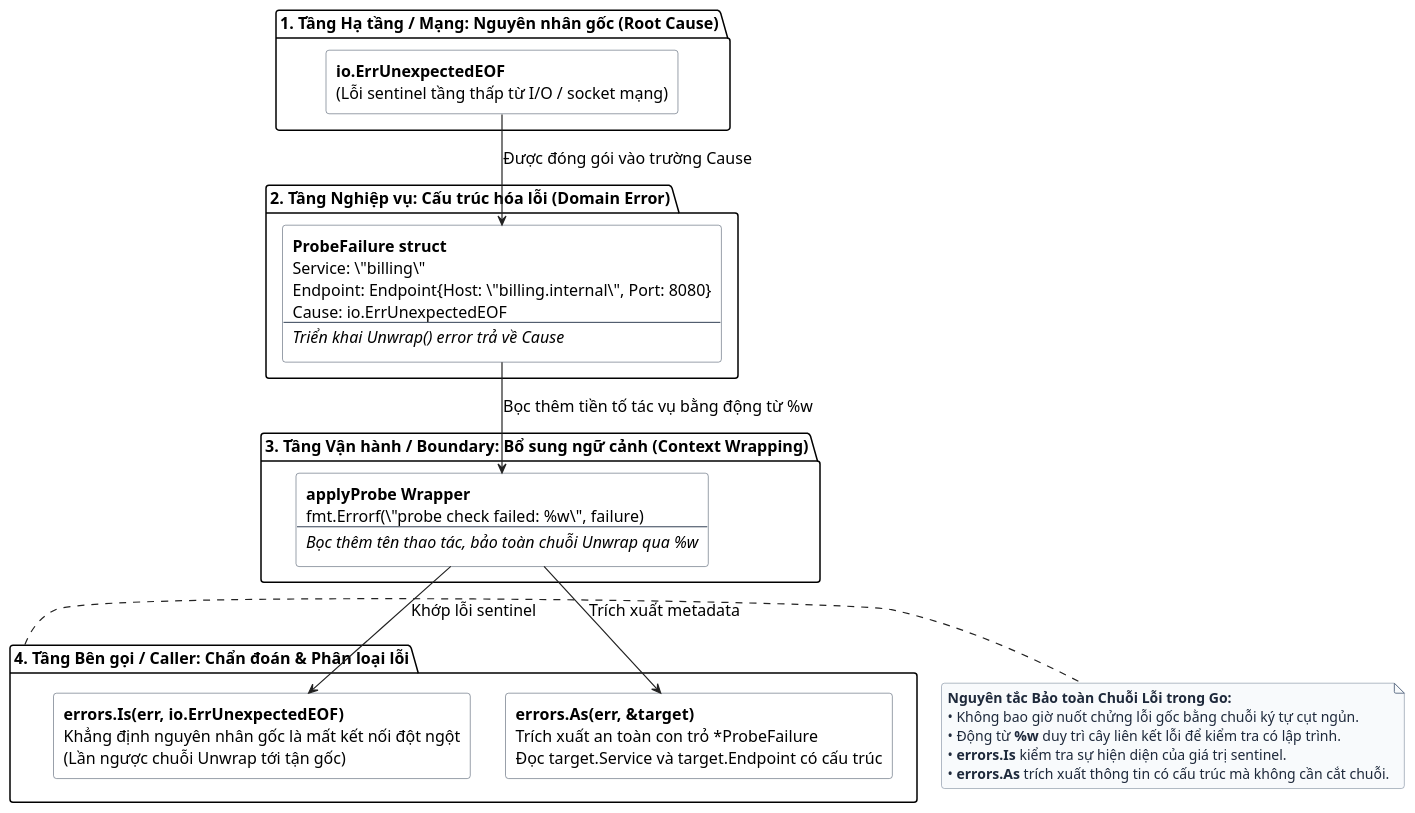
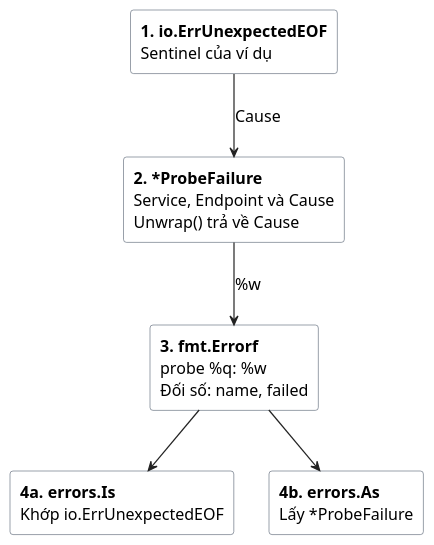
One commit to Minhlike/Golang changed the diagram in assets/diagrams/error-boundary-trace.puml. Above: the diagram before and after it, drawn with PlantUML. The commit also changed 31 other files, not shown here.

Commit message:
fix(book): verify data error package testing and IO boundaries

```diff
--- a/assets/diagrams/error-boundary-trace.puml
+++ b/assets/diagrams/error-boundary-trace.puml
@@ -1,54 +1,35 @@
 @startuml
 skinparam backgroundColor #FFFFFF
 skinparam defaultFontName "Source Sans 3"
 skinparam defaultFontSize 16
 skinparam shadowing false
 skinparam roundCorner 6
 skinparam arrowColor #222222
 skinparam arrowThickness 1.2
 
 skinparam rectangle {
   BackgroundColor #FFFFFF
   BorderColor #334155
   FontColor #000000
 }
 
 skinparam note {
   BackgroundColor #F8FAFC
   BorderColor #64748B
   FontColor #1E293B
   FontSize 14
 }
 
 top to bottom direction
 
-package "1. Tầng Hạ tầng / Mạng: Nguyên nhân gốc (Root Cause)" as l1 {
-  rectangle "<b>io.ErrUnexpectedEOF</b>\n(Lỗi sentinel tầng thấp từ I/O / socket mạng)" as root_err
-}
+rectangle "<b>1. io.ErrUnexpectedEOF</b>\nSentinel của ví dụ" as root_err
+rectangle "<b>2. *ProbeFailure</b>\nService, Endpoint và Cause\nUnwrap() trả về Cause" as domain_err
+rectangle "<b>3. fmt.Errorf</b>\nprobe %q: %w\nĐối số: name, failed" as wrap_err
+rectangle "<b>4a. errors.Is</b>\nKhớp io.ErrUnexpectedEOF" as is_check
+rectangle "<b>4b. errors.As</b>\nLấy *ProbeFailure" as as_check
 
-package "2. Tầng Nghiệp vụ: Cấu trúc hóa lỗi (Domain Error)" as l2 {
-  rectangle "<b>ProbeFailure struct</b>\nService: \"billing\"\nEndpoint: Endpoint{Host: \"billing.internal\", Port: 8080}\nCause: io.ErrUnexpectedEOF\n--\n<i>Triển khai Unwrap() error trả về Cause</i>" as domain_err
-}
-
-package "3. Tầng Vận hành / Boundary: Bổ sung ngữ cảnh (Context Wrapping)" as l3 {
-  rectangle "<b>applyProbe Wrapper</b>\nfmt.Errorf(\"probe check failed: %w\", failure)\n--\n<i>Bọc thêm tên thao tác, bảo toàn chuỗi Unwrap qua %w</i>" as wrap_err
-}
-
-package "4. Tầng Bên gọi / Caller: Chẩn đoán & Phân loại lỗi" as l4 {
-  rectangle "<b>errors.Is(err, io.ErrUnexpectedEOF)</b>\nKhẳng định nguyên nhân gốc là mất kết nối đột ngột\n(Lần ngược chuỗi Unwrap tới tận gốc)" as is_check
-  rectangle "<b>errors.As(err, &target)</b>\nTrích xuất an toàn con trỏ *ProbeFailure\nĐọc target.Service và target.Endpoint có cấu trúc" as as_check
-}
-
-root_err -down-> domain_err : Được đóng gói vào trường Cause
-domain_err -down-> wrap_err : Bọc thêm tiền tố tác vụ bằng động từ %w
-wrap_err -down-> is_check : Khớp lỗi sentinel
-wrap_err -down-> as_check : Trích xuất metadata
-
-note right of l4
-  <b>Nguyên tắc Bảo toàn Chuỗi Lỗi trong Go:</b>
-  • Không bao giờ nuốt chửng lỗi gốc bằng chuỗi ký tự cụt ngủn.
-  • Động từ <b>%w</b> duy trì cây liên kết lỗi để kiểm tra có lập trình.
-  • <b>errors.Is</b> kiểm tra sự hiện diện của giá trị sentinel.
-  • <b>errors.As</b> trích xuất thông tin có cấu trúc mà không cần cắt chuỗi.
-end note
+root_err -down-> domain_err : Cause
+domain_err -down-> wrap_err : %w
+wrap_err -down-> is_check
+wrap_err -down-> as_check
 @enduml
```
